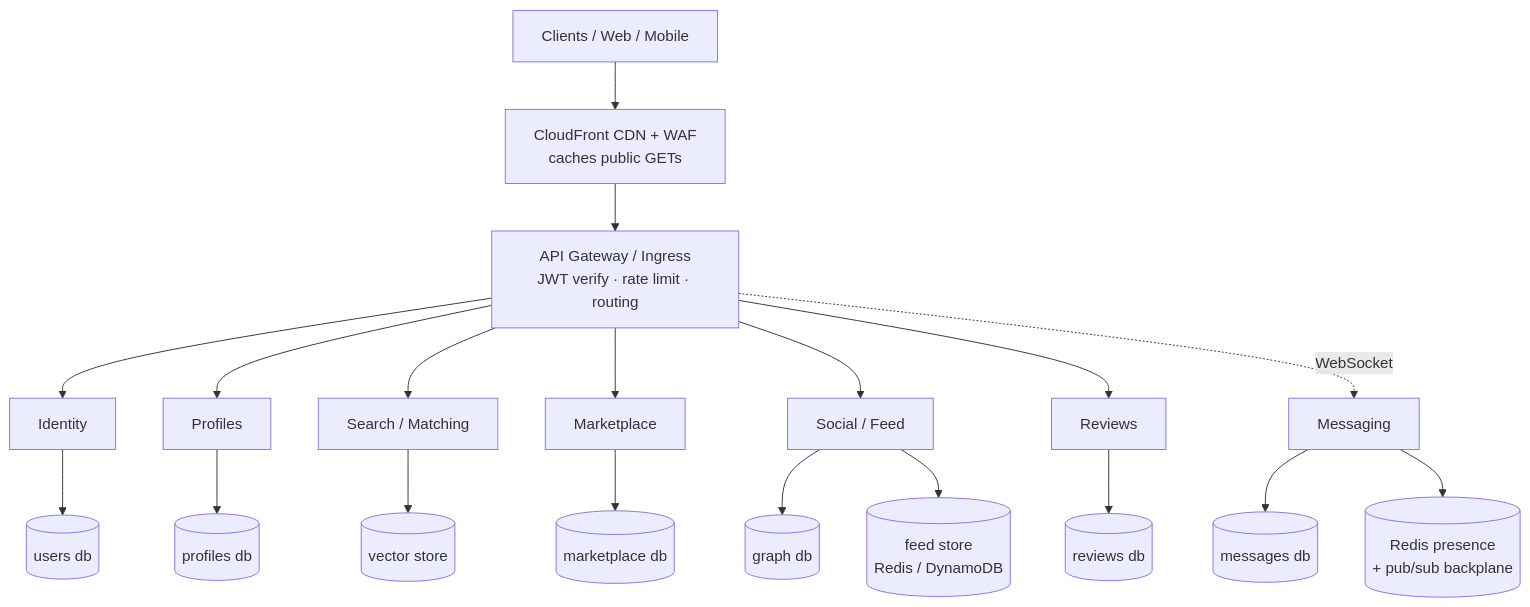
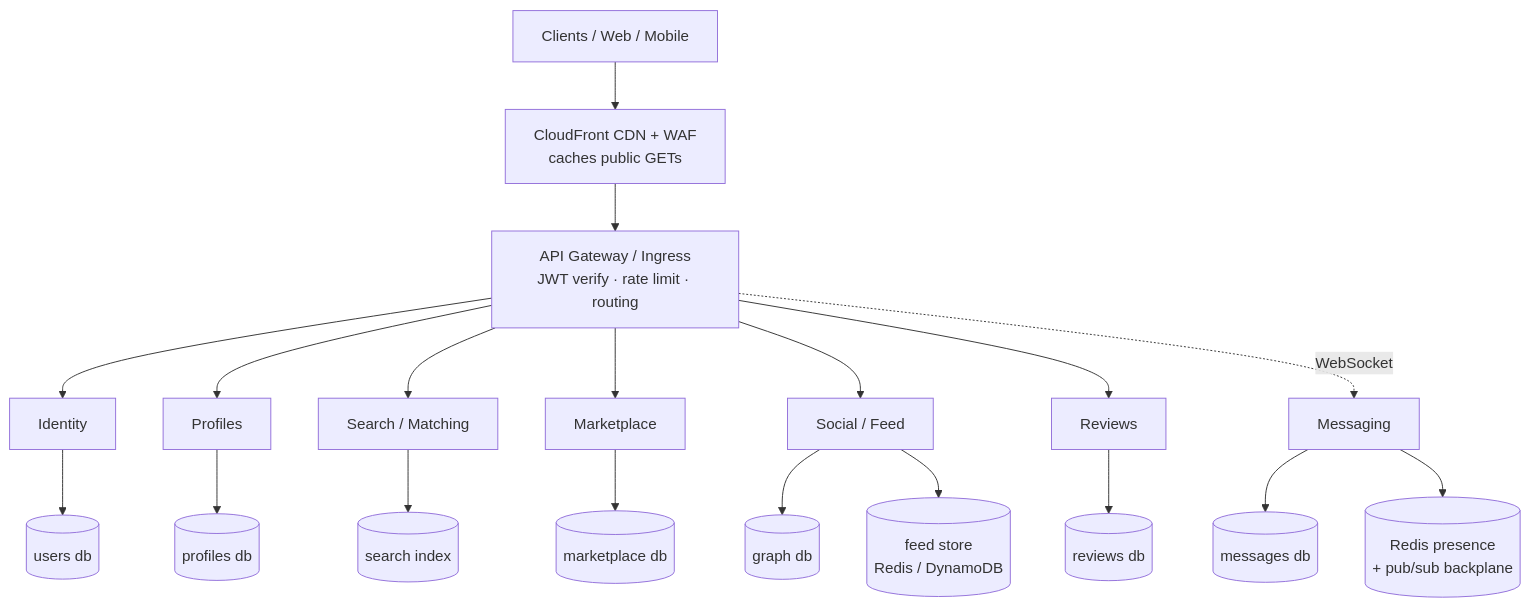
Before and after one commit to uditaditya-tech/frikkinwave-backend: the second of 6 diagrams in MICROSERVICES.md, drawn with Mermaid. The commit also changed other lines of this file and 8 other files, not shown here.

````diff
--- a/MICROSERVICES.md
+++ b/MICROSERVICES.md
@@ -107,23 +107,23 @@
 ```mermaid
 flowchart TB
     C[Clients / Web / Mobile] --> CDN["CloudFront CDN + WAF<br/>caches public GETs"]
     CDN --> GW["API Gateway / Ingress<br/>JWT verify · rate limit · routing"]
 
     GW --> IDN[Identity]
     GW --> PRF[Profiles]
     GW --> SRCH["Search / Matching"]
     GW --> MKT[Marketplace]
     GW --> SOC["Social / Feed"]
     GW --> REV[Reviews]
     GW -. WebSocket .-> MSG[Messaging]
 
     IDN --> IDNDB[("users db")]
     PRF --> PRFDB[("profiles db")]
-    SRCH --> VEC[("vector store")]
+    SRCH --> SIDX[("search index")]
     MKT --> MKTDB[("marketplace db")]
     SOC --> SOCDB[("graph db")]
     SOC --> FEED[("feed store<br/>Redis / DynamoDB")]
     REV --> REVDB[("reviews db")]
     MSG --> MSGDB[("messages db")]
     MSG --> PRES[("Redis presence<br/>+ pub/sub backplane")]
 ```
````
